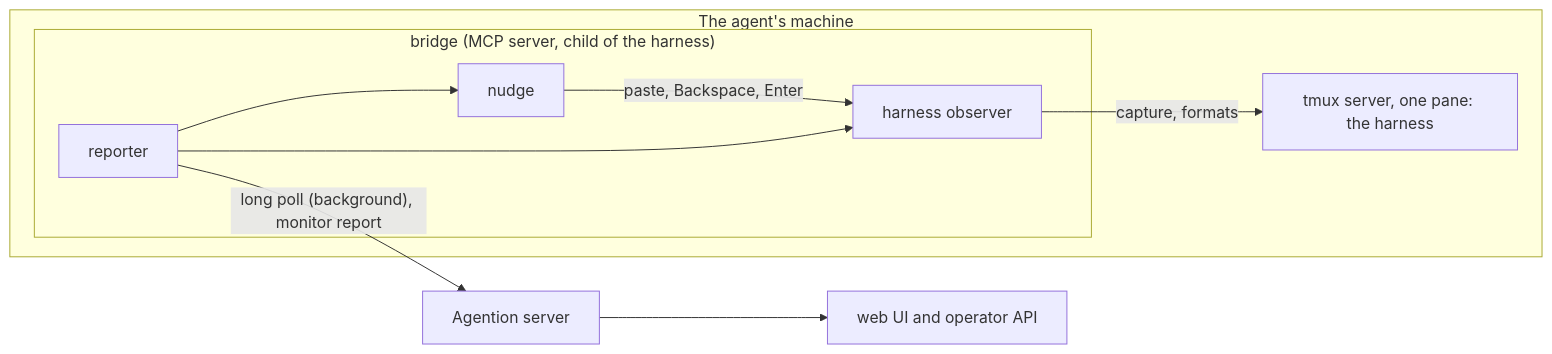
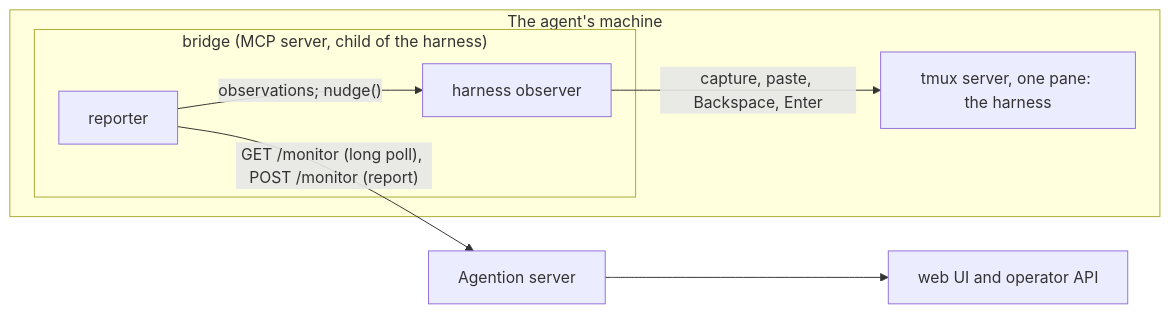
One commit to WayfarerLabs/agention changed the diagram in docs/sdd/2026-11-23-session-monitoring-and-nudge/hla.md. Above: the diagram before and after it, drawn with Mermaid. The commit also changed other lines of this file, not shown here.

Commit message:
docs(sdd): fold the HLA reviews into the monitoring and nudge architecture

````diff
--- a/docs/sdd/2026-11-23-session-monitoring-and-nudge/hla.md
+++ b/docs/sdd/2026-11-23-session-monitoring-and-nudge/hla.md
@@ -22,18 +22,15 @@
 ```mermaid
 flowchart LR
     subgraph VM["The agent's machine"]
         T["tmux server, one pane: the harness"]
         subgraph B["bridge (MCP server, child of the harness)"]
             O["harness observer"]
             R["reporter"]
-            N["nudge"]
         end
-        O -- "capture, formats" --> T
-        N -- "paste, Backspace, Enter" --> O
-        R --> O
-        R --> N
+        O -- "capture, paste, Backspace, Enter" --> T
+        R -- "observations; nudge()" --> O
     end
     S["Agention server"]
-    R -- "long poll (background), monitor report" --> S
+    R -- "GET /monitor (long poll), POST /monitor (report)" --> S
     S --> W["web UI and operator API"]
 ```
````
